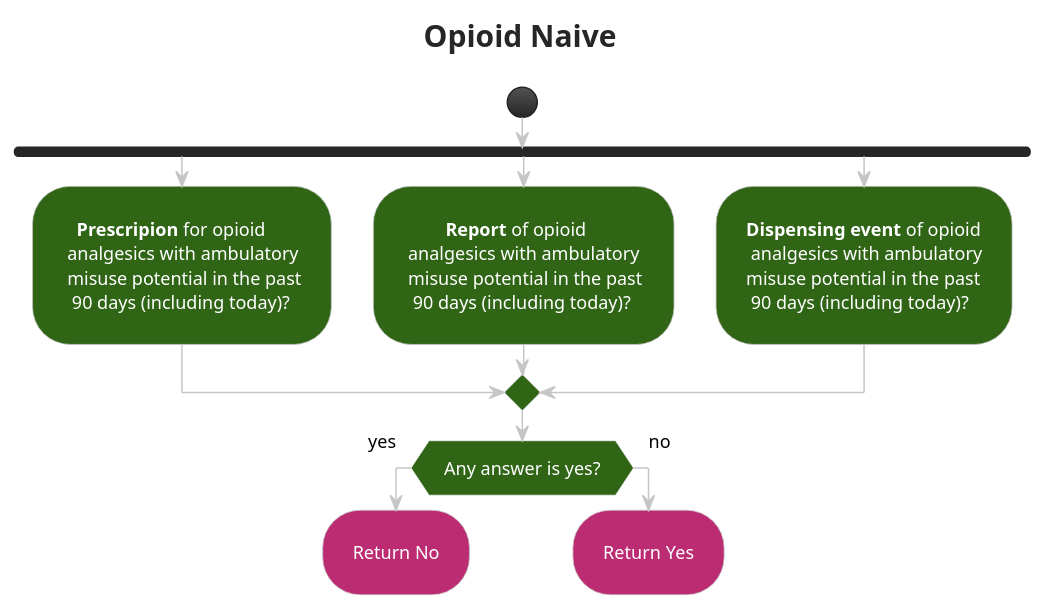
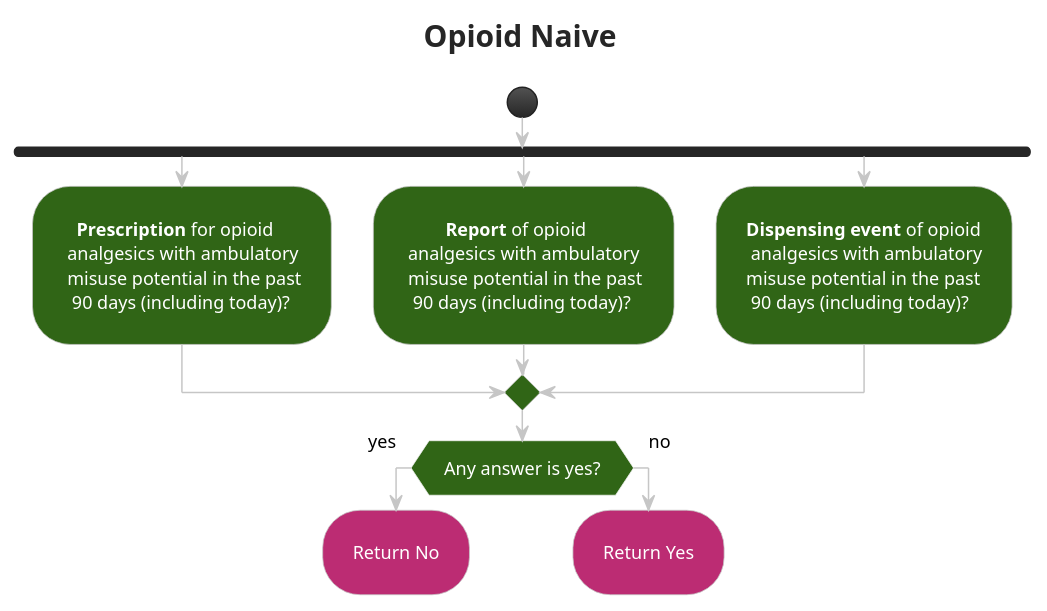
One commit to security-rs/opioid-cds-r4 changed the diagram in input/images-source/subroutine_opioid_naive.plantuml. Above: the diagram before and after it, drawn with PlantUML.

```diff
--- a/input/images-source/subroutine_opioid_naive.plantuml
+++ b/input/images-source/subroutine_opioid_naive.plantuml
@@ -1,31 +1,31 @@
 @startuml subroutine_opioid_naive
 !theme carbon-gray
 skinparam ActivityBackgroundColor #306516
 <style>
 activityDiagram {
  FontColor white
  RoundCorner 50
  arrow {
   FontColor: Black
  }
  diamond {
   BackgroundColor #306516
  }
 }
 </style>
 title Opioid Naive
 start
 fork
-:   **Prescripion** for opioid \n analgesics with ambulatory\n misuse potential in the past\n  90 days (including today)?;
+:   **Prescription** for opioid \n analgesics with ambulatory\n misuse potential in the past\n  90 days (including today)?;
 fork again
 :         **Report** of opioid \n analgesics with ambulatory \n misuse potential in the past\n  90 days (including today)?;
 fork again
 :**Dispensing event** of opioid\n analgesics with ambulatory\nmisuse potential in the past\n 90 days (including today)?;
 end merge
 if (Any answer is yes?) then (yes)
 #BC2C73:Return No;
 kill
 else (no)
 #BC2C73:Return Yes;
 kill
 @enduml
```
